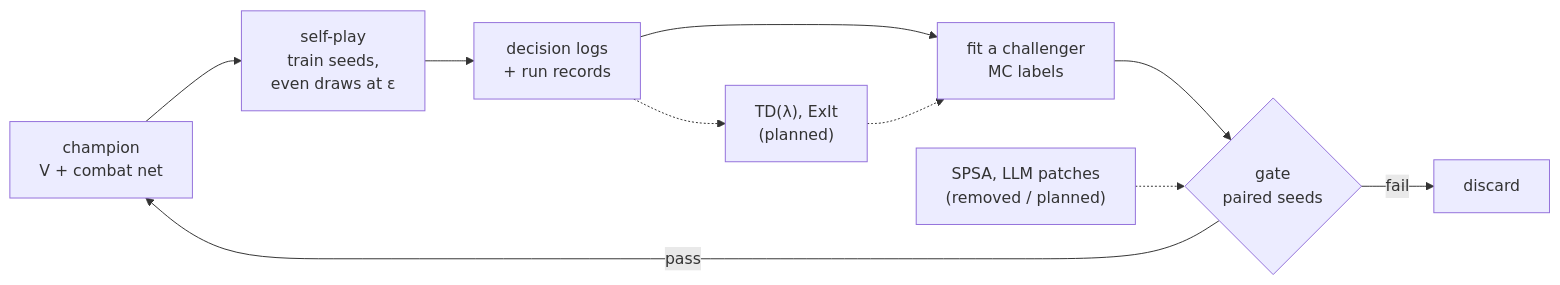
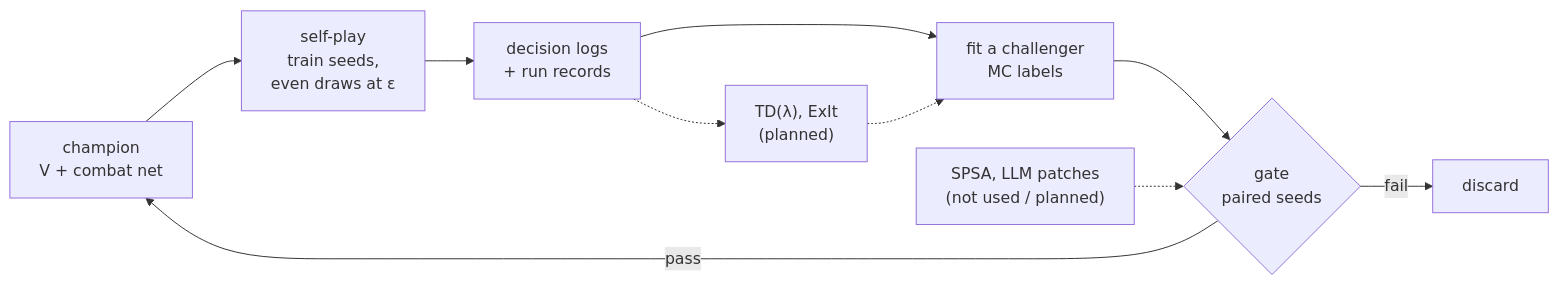
Before and after one commit to shinnku-nikaidou/spire-zero: the diagram in docs/src/content/docs/en/arch/learning/index.mdx, drawn with Mermaid. The commit also changed other lines of this file and 119 other files, not shown here.

````diff
--- a/docs/src/content/docs/en/arch/learning/index.mdx
+++ b/docs/src/content/docs/en/arch/learning/index.mdx
@@ -38,12 +38,12 @@
 ```mermaid
 flowchart LR
   C["champion<br/>V + combat net"] --> SP["self-play<br/>train seeds,<br/>even draws at ε"]
   SP --> D["decision logs<br/>+ run records"]
   D --> F["fit a challenger<br/>MC labels"]
   F --> G{"gate<br/>paired seeds"}
   G -->|"pass"| C
   G -->|"fail"| X["discard"]
   D -.-> TD["TD(λ), ExIt<br/>(planned)"]
   TD -.-> F
-  P["SPSA, LLM patches<br/>(removed / planned)"] -.-> G
+  P["SPSA, LLM patches<br/>(not used / planned)"] -.-> G
 ```
````
